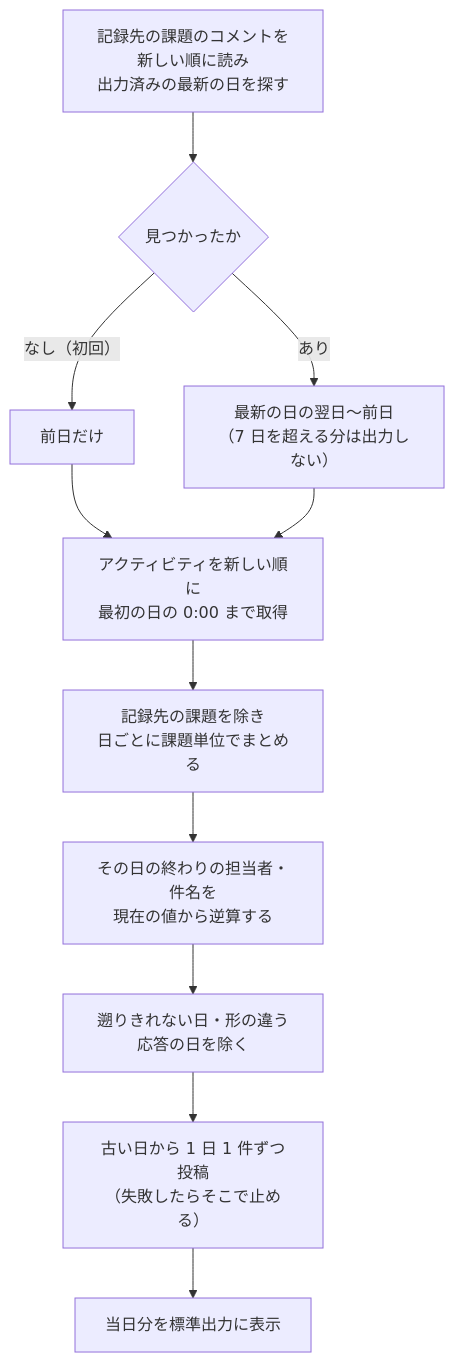
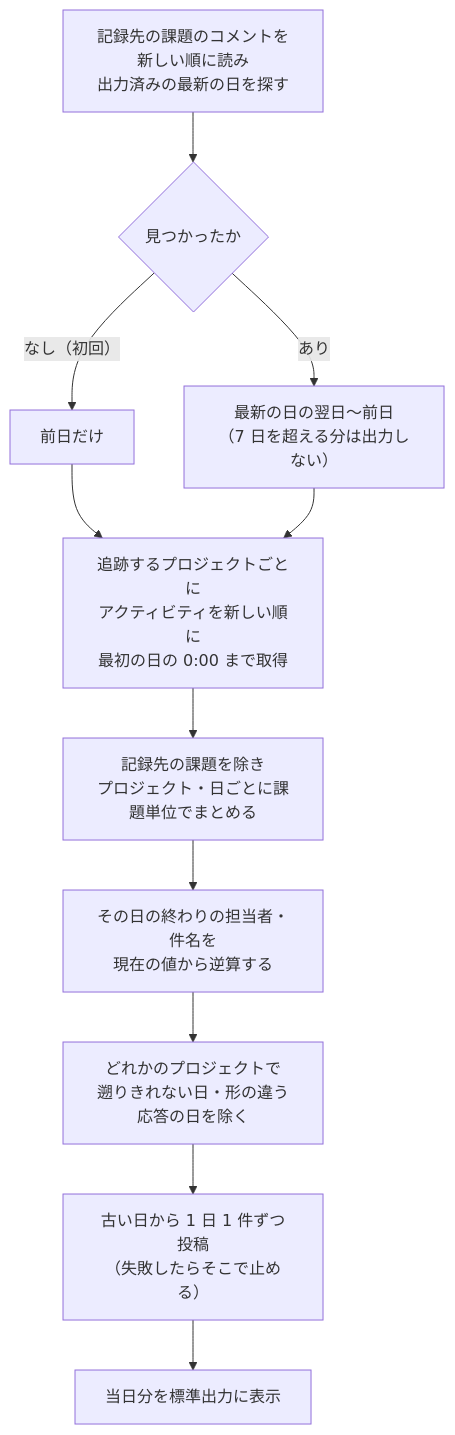
One commit to rn15h13ak1/backlog_change_log changed the diagram in README.md. Above: the diagram before and after it, drawn with Mermaid. The commit also changed other lines of this file and 17 other files, not shown here.

````diff
--- a/README.md
+++ b/README.md
@@ -369,13 +442,13 @@
 ```mermaid
 flowchart TD
     A["記録先の課題のコメントを新しい順に読み<br>出力済みの最新の日を探す"] --> B{"見つかったか"}
     B -->|"なし（初回）"| C["前日だけ"]
     B -->|"あり"| D["最新の日の翌日〜前日<br>（7 日を超える分は出力しない）"]
-    C --> E["アクティビティを新しい順に<br>最初の日の 0:00 まで取得"]
+    C --> E["追跡するプロジェクトごとに<br>アクティビティを新しい順に<br>最初の日の 0:00 まで取得"]
     D --> E
-    E --> F["記録先の課題を除き<br>日ごとに課題単位でまとめる"]
+    E --> F["記録先の課題を除き<br>プロジェクト・日ごとに課題単位でまとめる"]
     F --> G["その日の終わりの担当者・件名を<br>現在の値から逆算する"]
-    G --> H["遡りきれない日・形の違う応答の日を除く"]
+    G --> H["どれかのプロジェクトで<br>遡りきれない日・形の違う応答の日を除く"]
     H --> I["古い日から 1 日 1 件ずつ投稿<br>（失敗したらそこで止める）"]
     I --> J["当日分を標準出力に表示"]
 ```
````
